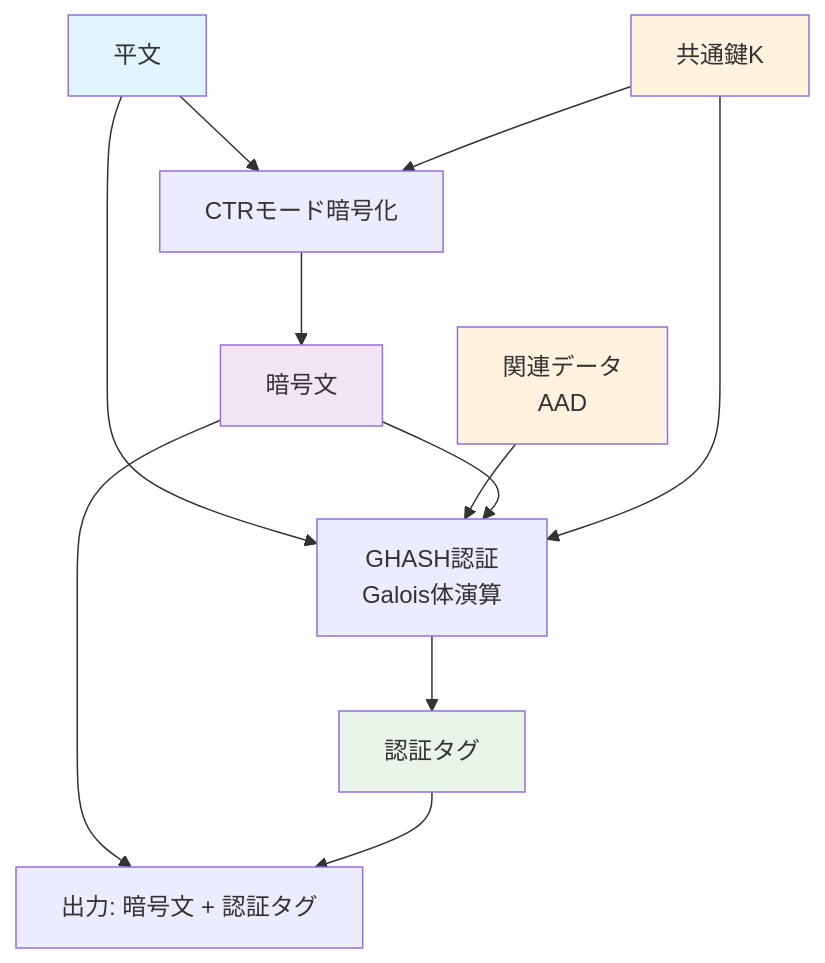
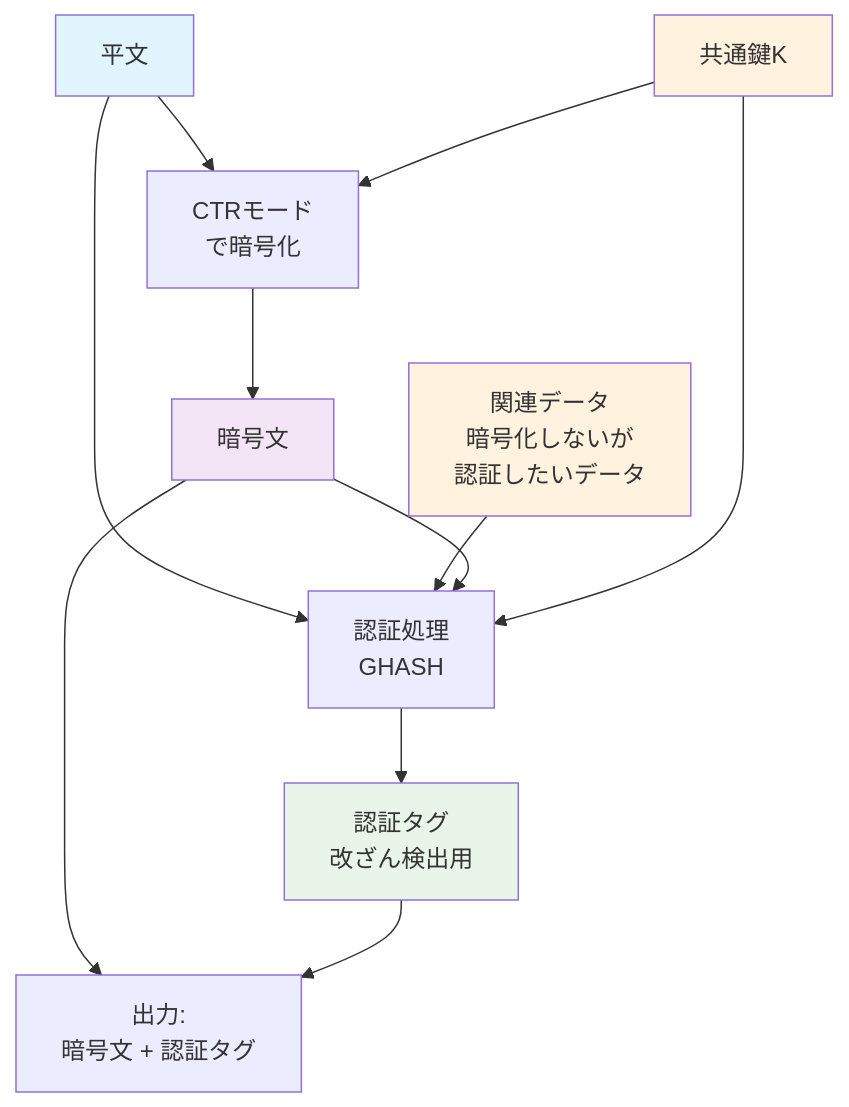
One commit to naokirin/learning_contemporary_cryptography changed the sixth of 10 diagrams in articles/第2回/article.md. Above: the diagram before and after it, drawn with Mermaid. The commit also changed other lines of this file and 6 other files, not shown here.

````diff
--- a/articles/第2回/article.md
+++ b/articles/第2回/article.md
@@ -974,22 +968,22 @@
 ```mermaid
 flowchart TD
-    P[平文] --> CTR[CTRモード暗号化]
+    P[平文] --> CTR[CTRモード<br/>で暗号化]
     CTR --> C[暗号文]
     
-    P --> GHASH[GHASH認証<br/>Galois体演算]
-    AAD[関連データ<br/>AAD] --> GHASH
+    P --> GHASH[認証処理<br/>GHASH]
+    AAD[関連データ<br/>暗号化しないが<br/>認証したいデータ] --> GHASH
     C --> GHASH
-    GHASH --> TAG[認証タグ]
+    GHASH --> TAG[認証タグ<br/>改ざん検出用]
     
     K[共通鍵K] --> CTR
     K --> GHASH
     
-    C --> OUT[出力: 暗号文 + 認証タグ]
+    C --> OUT[出力:<br/>暗号文 + 認証タグ]
     TAG --> OUT
     
     style P fill:#e1f5fe
     style C fill:#f3e5f5
     style TAG fill:#e8f5e8
     style AAD fill:#fff3e0
     style K fill:#fff3e0
 ```
````
